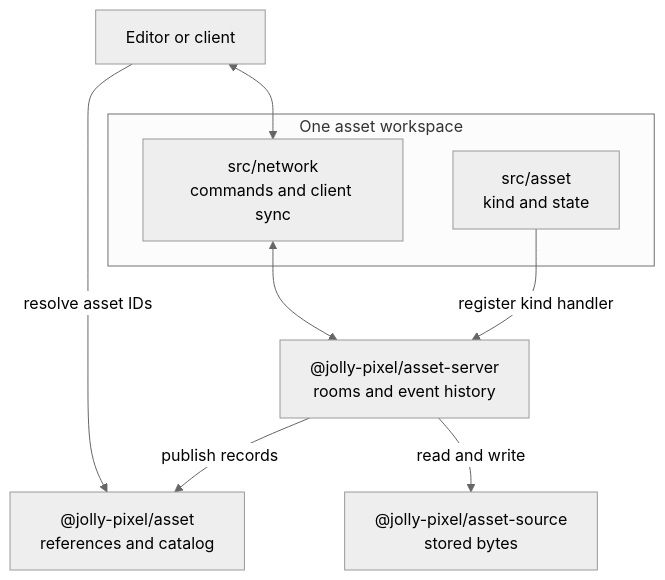
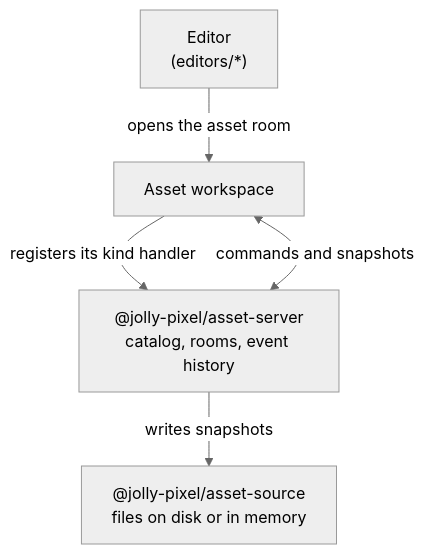
The second of 4 diagrams in packages/assets/ARCHITECTURE.md (JollyPixel/editor), drawn with Mermaid (neutral theme) before and after one commit. The commit also changed other lines of this file and 40 other files, not shown here.

````diff
--- a/packages/assets/ARCHITECTURE.md
+++ b/packages/assets/ARCHITECTURE.md
@@ -7,20 +35,12 @@
 ```mermaid
 flowchart TB
-    Editor["Editor or client"]
+    Editor["Editor<br/>(editors/*)"]
+    Workspace["Asset workspace"]
+    Server["@jolly-pixel/asset-server<br/>catalog, rooms, event history"]
+    Source["@jolly-pixel/asset-source<br/>files on disk or in memory"]
 
-    subgraph Workspace["One asset workspace"]
-        Asset["src/asset<br/>kind and state"]
-        Network["src/network<br/>commands and client sync"]
-    end
-
-    Core["@jolly-pixel/asset<br/>references and catalog"]
-    Server["@jolly-pixel/asset-server<br/>rooms and event history"]
-    Source["@jolly-pixel/asset-source<br/>stored bytes"]
-
-    Editor <--> Network
-    Editor -->|"resolve asset IDs"| Core
-    Network <--> Server
-    Asset -->|"register kind handler"| Server
-    Server -->|"publish records"| Core
-    Server -->|"read and write"| Source
+    Editor -->|"opens the asset room"| Workspace
+    Workspace -->|"registers its kind handler"| Server
+    Workspace <-->|"commands and snapshots"| Server
+    Server -->|"writes snapshots"| Source
 ```
````
